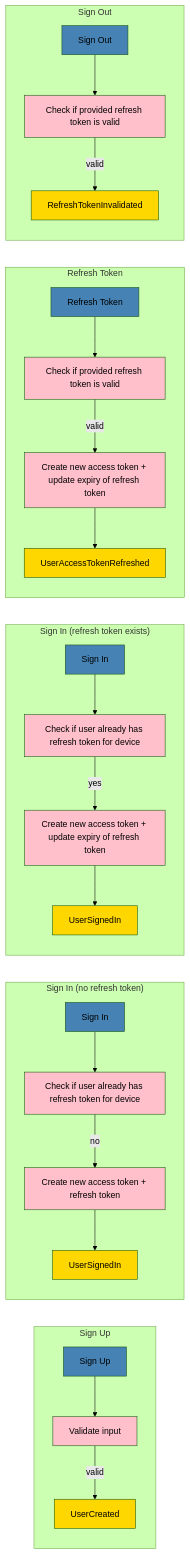
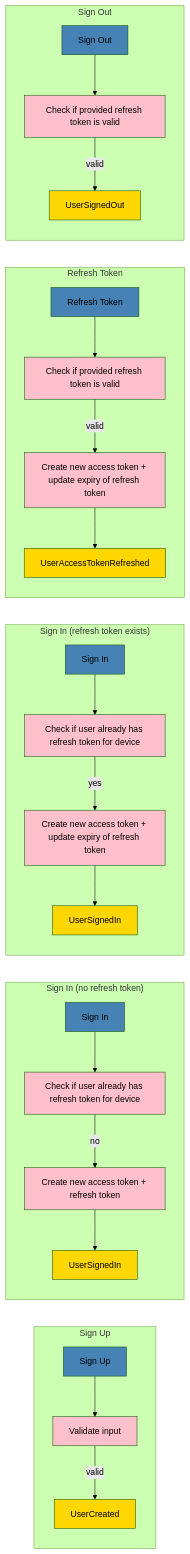
Before and after one commit to waspeer/user-module-jwt: the second of 2 diagrams in README.md, drawn with Mermaid (forest theme). The commit also changed other lines of this file and 8 other files, not shown here.

````diff
--- a/README.md
+++ b/README.md
@@ -55,40 +55,40 @@
 ```mermaid
 graph LR
 
 subgraph "Sign Up"
   su1["Sign Up"]:::command -->
   su2["Validate input"]:::policy -- "valid" -->
   su3["UserCreated"]:::event
 end
 
 subgraph "Sign In (no refresh token)"
   s1["Sign In"]:::command -->
   s2["Check if user already has refresh token for device"]:::policy -- "no" -->
   s3["Create new access token + refresh token"]:::policy -->
   s6["UserSignedIn"]:::event
 end
 
 subgraph "Sign In (refresh token exists)"
   sr1["Sign In"]:::command -->
   sr2["Check if user already has refresh token for device"]:::policy -- "yes" -->
   sr3["Create new access token + update expiry of refresh token"]:::policy -->
   sr6["UserSignedIn"]:::event
 end
 
 subgraph "Refresh Token"
   r1["Refresh Token"]:::command -->
   r2["Check if provided refresh token is valid"]:::policy -- "valid" -->
   r3["Create new access token + update expiry of refresh token"]:::policy -->
   r4["UserAccessTokenRefreshed"]:::event
 end
 
 subgraph "Sign Out"
   so1["Sign Out"]:::command -->
   so2["Check if provided refresh token is valid"]:::policy -- "valid" -->
-  so3["RefreshTokenInvalidated"]:::event
+  so3["UserSignedOut"]:::event
 end
 
 classDef command fill:steelblue
 classDef event fill:gold,color:black
 classDef policy fill:pink,color:black
 ```
````
